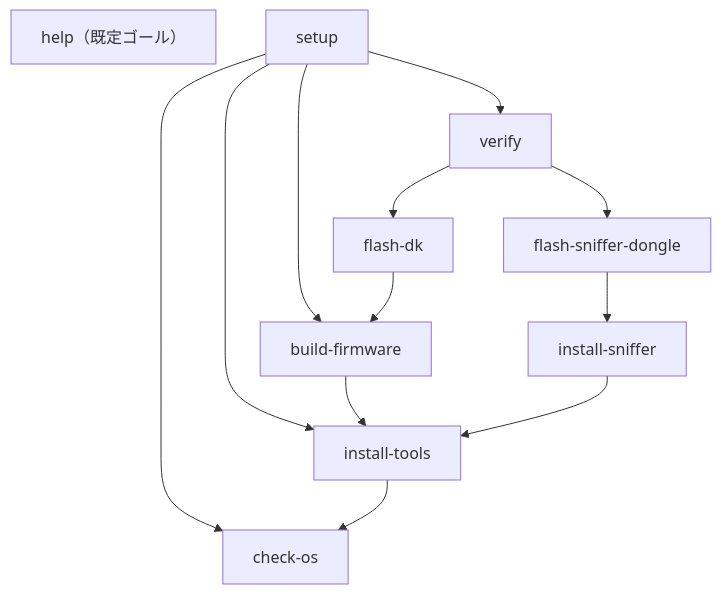
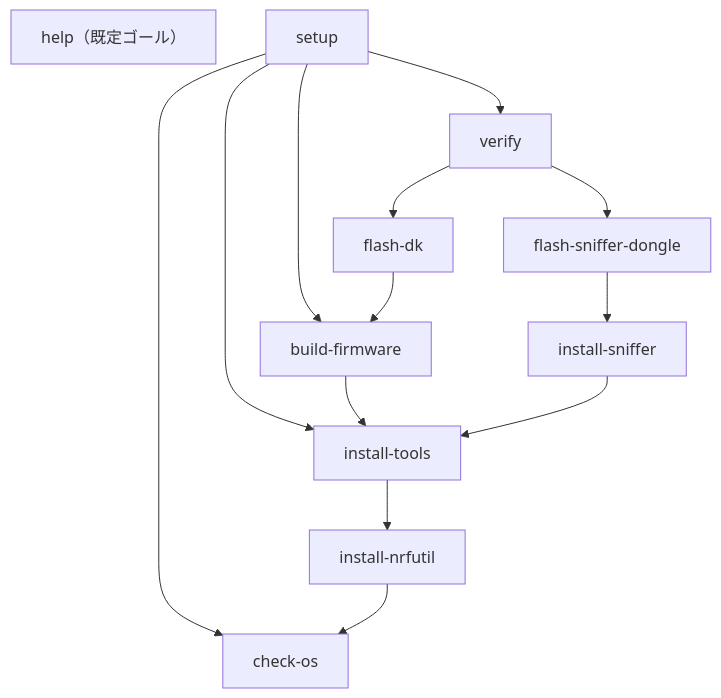
The diagram in docs/DESIGN-001.md (kokiTakashiki/CoreBluetoothDevelopmentBootstrap), drawn with Mermaid before and after one commit. The commit also changed other lines of this file and 3 other files, not shown here.

First line of the commit message:
ci: nrfutil 本体導入を install-nrfutil に分離し実機 smoke test を追加

````diff
--- a/docs/DESIGN-001.md
+++ b/docs/DESIGN-001.md
@@ -80,15 +81,16 @@
 ```mermaid
 graph TD
     help["help（既定ゴール）"]
     setup --> check-os
     setup --> install-tools
     setup --> build-firmware
     setup --> verify
-    install-tools --> check-os
+    install-nrfutil --> check-os
+    install-tools --> install-nrfutil
     install-sniffer --> install-tools
     build-firmware --> install-tools
     flash-dk --> build-firmware
     flash-sniffer-dongle --> install-sniffer
     verify --> flash-dk
     verify --> flash-sniffer-dongle
 ```
````
